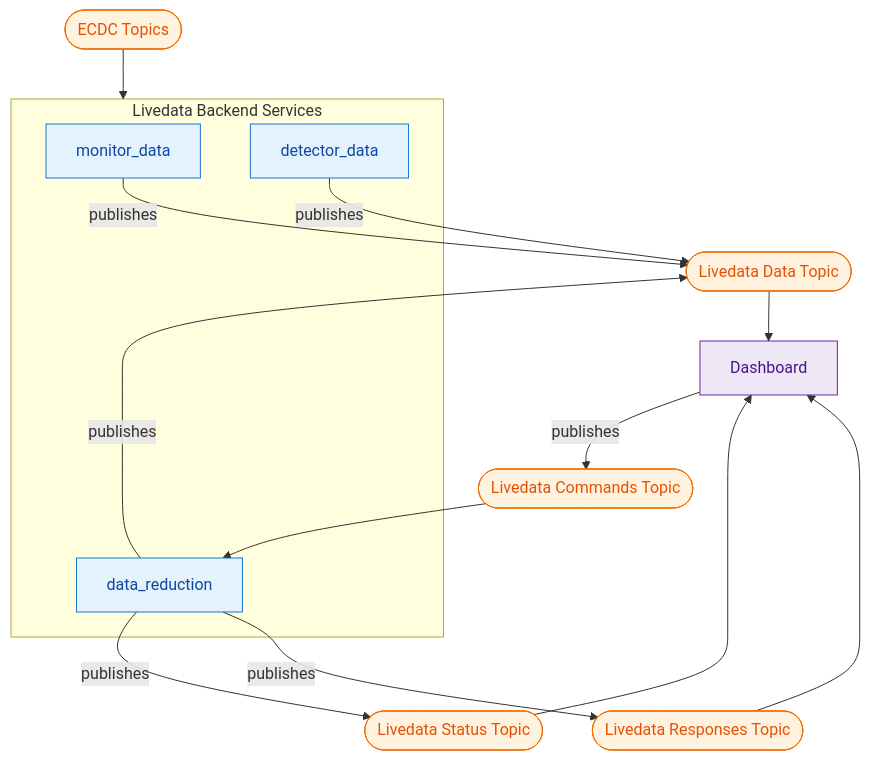
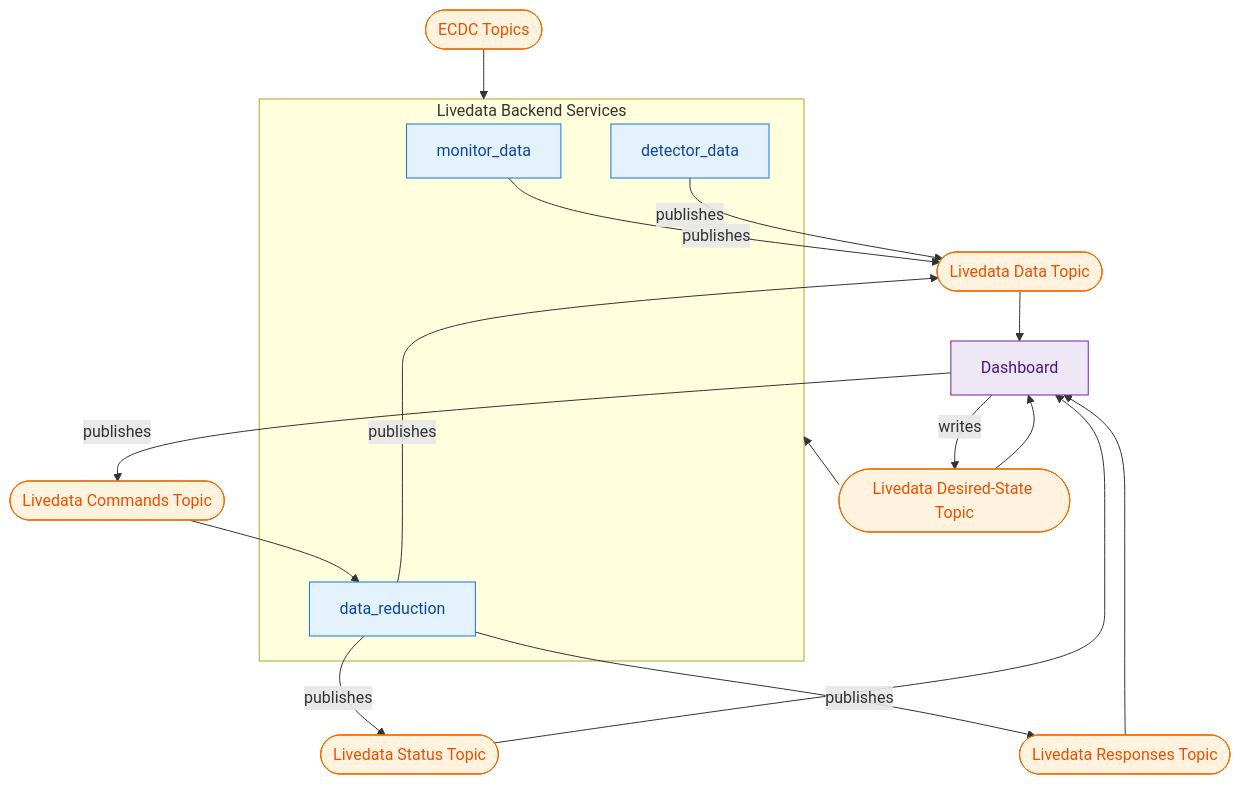
The first of 7 diagrams in docs/developer/design/dashboard-architecture.md (scipp/esslivedata), drawn with Mermaid before and after one commit. The commit also changed other lines of this file and 11 other files, not shown here.

First line of the commit message:
Document the desired-state topic (ADR 0012)

````diff
--- a/docs/developer/design/dashboard-architecture.md
+++ b/docs/developer/design/dashboard-architecture.md
@@ -11,36 +11,40 @@
 ```mermaid
 flowchart TD
     ECDCTopic(["ECDC Topics"])
     DataTopic(["Livedata Data Topic"])
     StatusTopic(["Livedata Status Topic"])
     ResponsesTopic(["Livedata Responses Topic"])
     CommandsTopic(["Livedata Commands Topic"])
+    DesiredTopic(["Livedata Desired-State Topic"])
 
     subgraph BackendServices["Livedata Backend Services"]
         MonitorData["monitor_data"]
         DetectorData["detector_data"]
         DataReduction["data_reduction"]
     end
 
     DashboardApp["Dashboard"]
 
     ECDCTopic --> BackendServices
     MonitorData -- publishes --> DataTopic
     DetectorData -- publishes --> DataTopic
     DataReduction -- publishes --> DataTopic
     DataReduction -- publishes --> StatusTopic
     DataReduction -- publishes --> ResponsesTopic
 
     DataTopic --> DashboardApp
     StatusTopic --> DashboardApp
     ResponsesTopic --> DashboardApp
     DashboardApp -- publishes --> CommandsTopic
     CommandsTopic --> DataReduction
+    DashboardApp -- writes --> DesiredTopic
+    DesiredTopic --> DashboardApp
+    DesiredTopic --> BackendServices
 
     classDef kafka fill:#fff3e0,stroke:#ef6c00,color:#e65100;
     classDef backend fill:#e3f2fd,stroke:#1976d2,color:#0d47a1;
     classDef dashboard fill:#ede7f6,stroke:#7b1fa2,color:#4a148c;
-    class DataTopic,StatusTopic,ResponsesTopic,CommandsTopic,ECDCTopic kafka;
+    class DataTopic,StatusTopic,ResponsesTopic,CommandsTopic,DesiredTopic,ECDCTopic kafka;
     class MonitorData,DetectorData,DataReduction backend;
     class DashboardApp dashboard;
 ```
````
